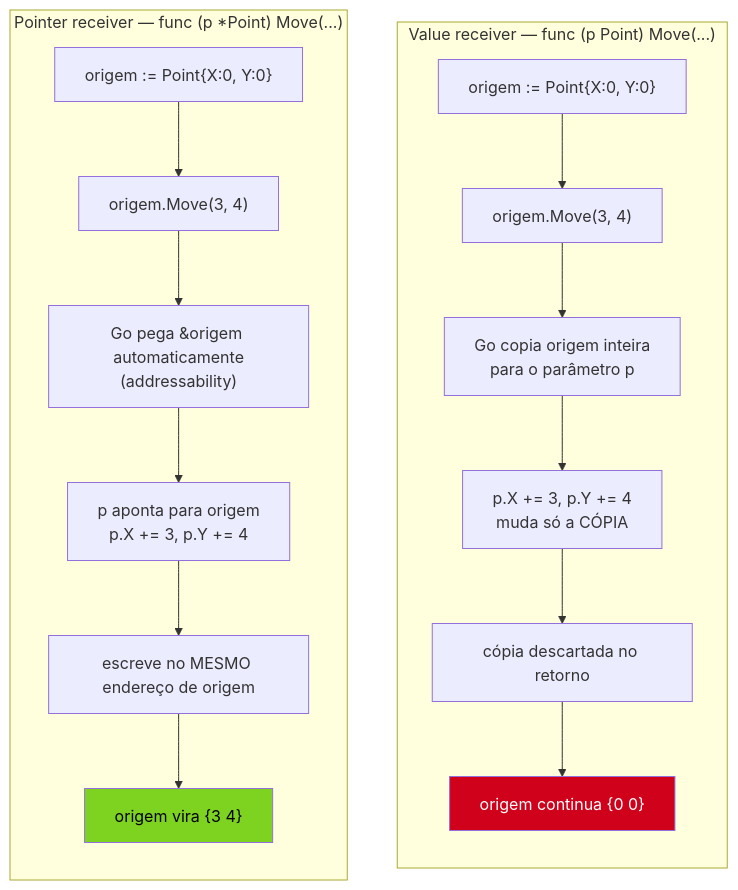
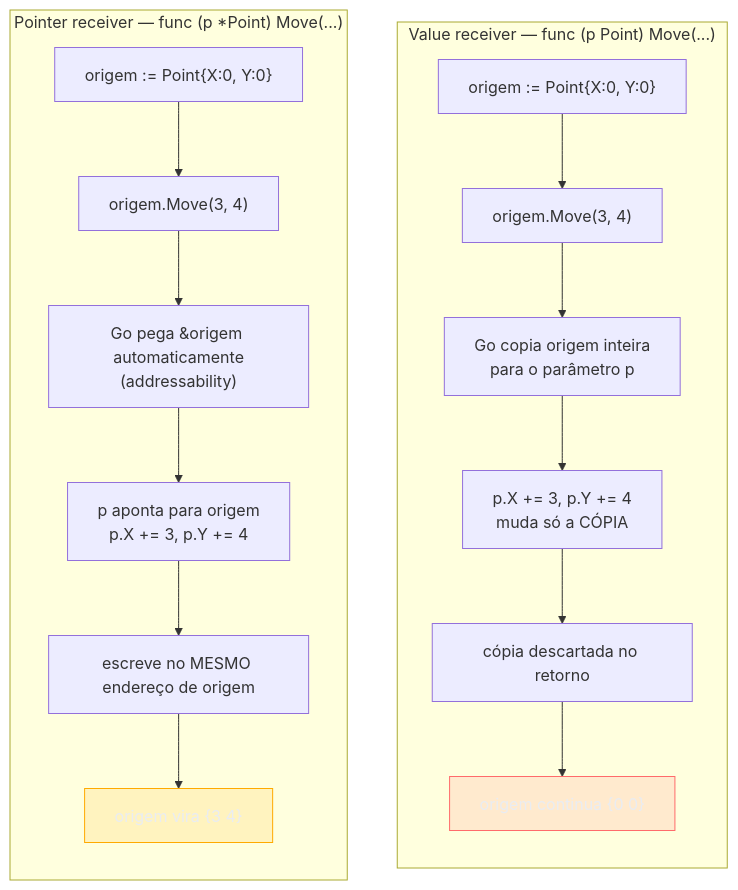
Before and after one commit to josenaldo/codex-technomanticus: the first of 2 diagrams in 03-Dominios/Tecnologia/Go/02 - Tipos, structs e métodos/04 - Value vs pointer receiver.md, drawn with Mermaid. The commit also changed other lines of this file and 1181 other files, not shown here.

First line of the commit message:
fix(diagramas): paleta do sistema no lugar de cor cravada no markdown

````diff
--- a/03-Dominios/Tecnologia/Go/02 - Tipos, structs e métodos/04 - Value vs pointer receiver.md
+++ b/03-Dominios/Tecnologia/Go/02 - Tipos, structs e métodos/04 - Value vs pointer receiver.md
@@ -67,23 +67,25 @@
 ```mermaid
 flowchart TD
+    classDef falha fill:#FF6B6B24,stroke:#FF6B6B,color:#E9ECF2
+    classDef destaque fill:#FFAA0024,stroke:#FFAA00,color:#E9ECF2
     subgraph Value["Value receiver — func (p Point) Move(...)"]
         direction TB
         V1["origem := Point{X:0, Y:0}"] --> V2["origem.Move(3, 4)"]
         V2 --> V3["Go copia origem inteira\npara o parâmetro p"]
         V3 --> V4["p.X += 3, p.Y += 4\nmuda só a CÓPIA"]
         V4 --> V5["cópia descartada no retorno"]
         V5 --> V6["origem continua {0 0}"]
     end
 
     subgraph Pointer["Pointer receiver — func (p *Point) Move(...)"]
         direction TB
         P1["origem := Point{X:0, Y:0}"] --> P2["origem.Move(3, 4)"]
         P2 --> P3["Go pega &origem automaticamente\n(addressability)"]
         P3 --> P4["p aponta para origem\np.X += 3, p.Y += 4"]
         P4 --> P5["escreve no MESMO endereço de origem"]
         P5 --> P6["origem vira {3 4}"]
     end
 
-    style V6 fill:#D0021B,color:#fff
-    style P6 fill:#7ED321,color:#000
+    class V6 falha
+    class P6 destaque
 ```
````
